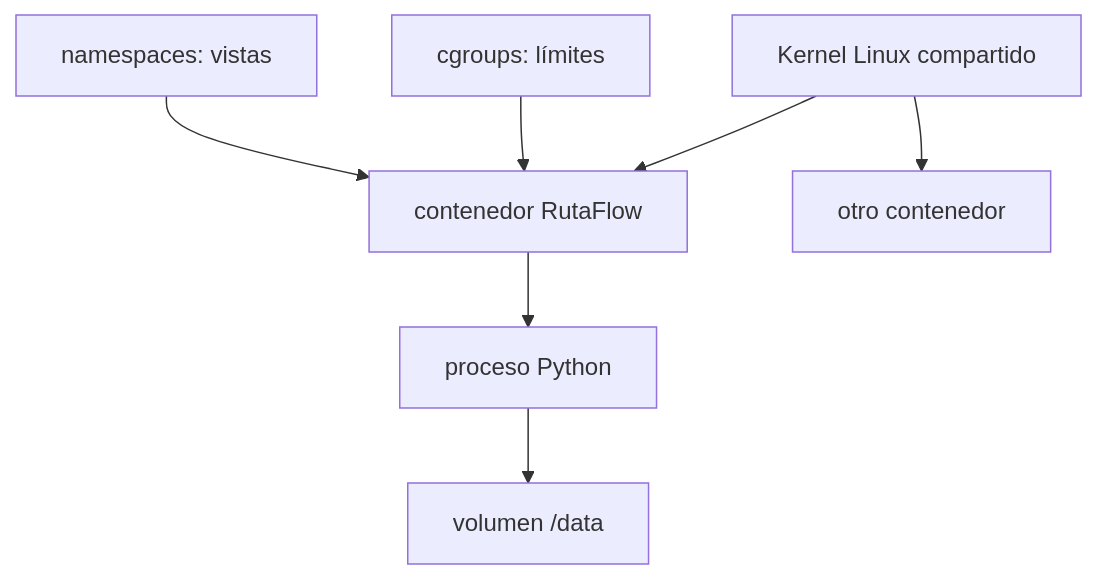
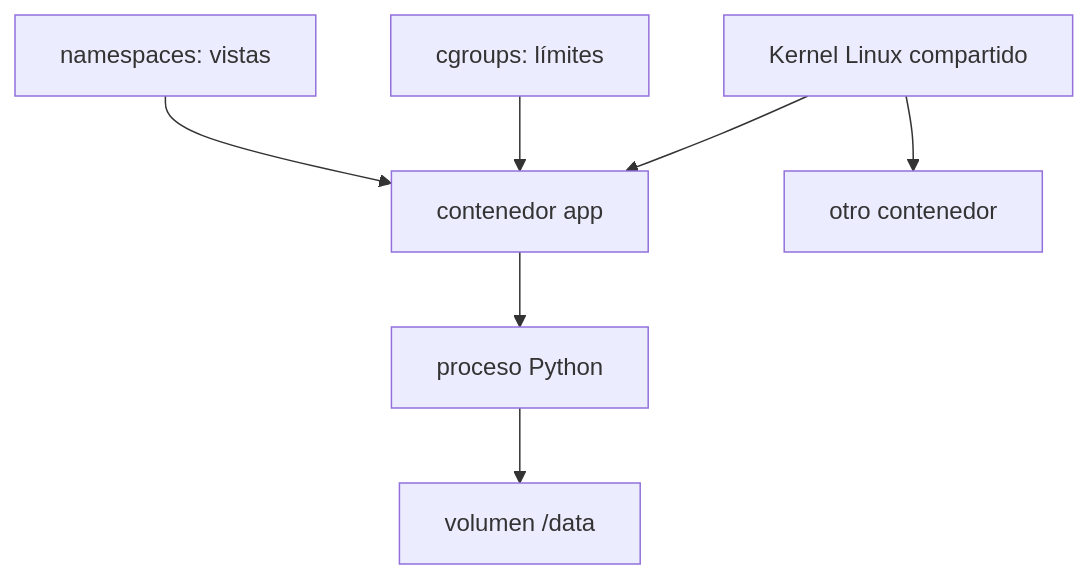
The fourth of 4 diagrams in web/public/content/foundations/modulo-8.md (NICORUIZ93/Academia_Floci), drawn with Mermaid before and after one commit. The commit also changed other lines of this file and 11 other files, not shown here.

First line of the commit message:
Foundations: complete RutaFlow purge (0-11)

````diff
--- a/web/public/content/foundations/modulo-8.md
+++ b/web/public/content/foundations/modulo-8.md
@@ -298,8 +280,8 @@
 ```mermaid
 flowchart TB
-    KERNEL2["Kernel Linux compartido"] --> C1["contenedor RutaFlow"]
+    KERNEL2["Kernel Linux compartido"] --> C1["contenedor app"]
     KERNEL2 --> C2["otro contenedor"]
     C1 --> PY["proceso Python"] --> VOL["volumen /data"]
     LIMITS["cgroups: límites"] --> C1
     NS["namespaces: vistas"] --> C1
 ```
````
